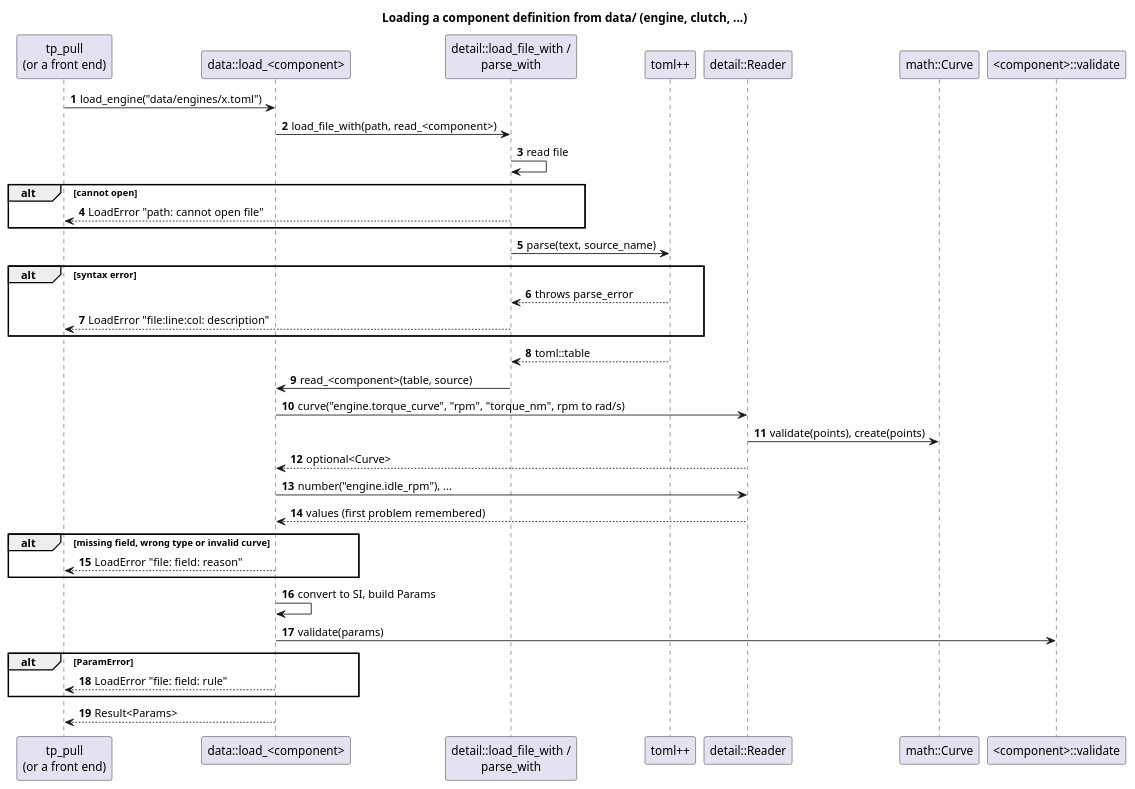
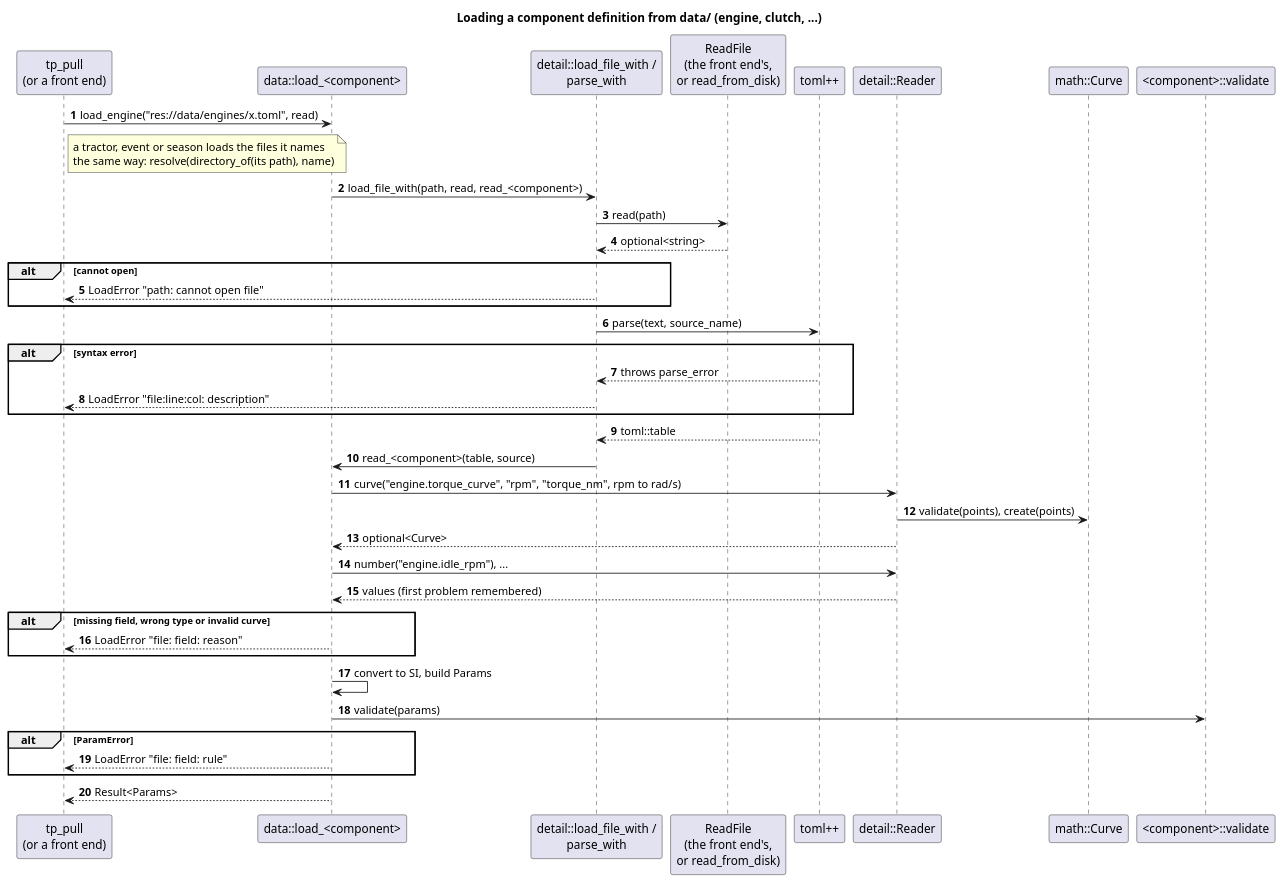
Before and after one commit to wversteeg/TractorPulling: the diagram in docs/diagrams/load_component_sequence.puml, drawn with PlantUML. The commit also changed 32 other files, not shown here.

First line of the commit message:
Load data through a file-reading function the front end supplies

```diff
--- a/docs/diagrams/load_component_sequence.puml
+++ b/docs/diagrams/load_component_sequence.puml
@@ -1,39 +1,42 @@
 @startuml load_component_sequence
 title Loading a component definition from data/ (engine, clutch, ...)
 autonumber
 participant "tp_pull\n(or a front end)" as App
 participant "data::load_<component>" as Load
 participant "detail::load_file_with /\nparse_with" as Parse
+participant "ReadFile\n(the front end's,\nor read_from_disk)" as Read
 participant "toml++" as Toml
 participant "detail::Reader" as Reader
 participant "math::Curve" as Curve
 participant "<component>::validate" as Validate
 
-App -> Load : load_engine("data/engines/x.toml")
-Load -> Parse : load_file_with(path, read_<component>)
-Parse -> Parse : read file
+App -> Load : load_engine("res://data/engines/x.toml", read)
+note right of App : a tractor, event or season loads the files it names\nthe same way: resolve(directory_of(its path), name)
+Load -> Parse : load_file_with(path, read, read_<component>)
+Parse -> Read : read(path)
+Read --> Parse : optional<string>
 alt cannot open
   Parse --> App : LoadError "path: cannot open file"
 end
 Parse -> Toml : parse(text, source_name)
 alt syntax error
   Toml --> Parse : throws parse_error
   Parse --> App : LoadError "file:line:col: description"
 end
 Toml --> Parse : toml::table
 Parse -> Load : read_<component>(table, source)
 Load -> Reader : curve("engine.torque_curve", "rpm", "torque_nm", rpm to rad/s)
 Reader -> Curve : validate(points), create(points)
 Reader --> Load : optional<Curve>
 Load -> Reader : number("engine.idle_rpm"), ...
 Reader --> Load : values (first problem remembered)
 alt missing field, wrong type or invalid curve
   Load --> App : LoadError "file: field: reason"
 end
 Load -> Load : convert to SI, build Params
 Load -> Validate : validate(params)
 alt ParamError
   Load --> App : LoadError "file: field: rule"
 end
 Load --> App : Result<Params>
 @enduml
```
